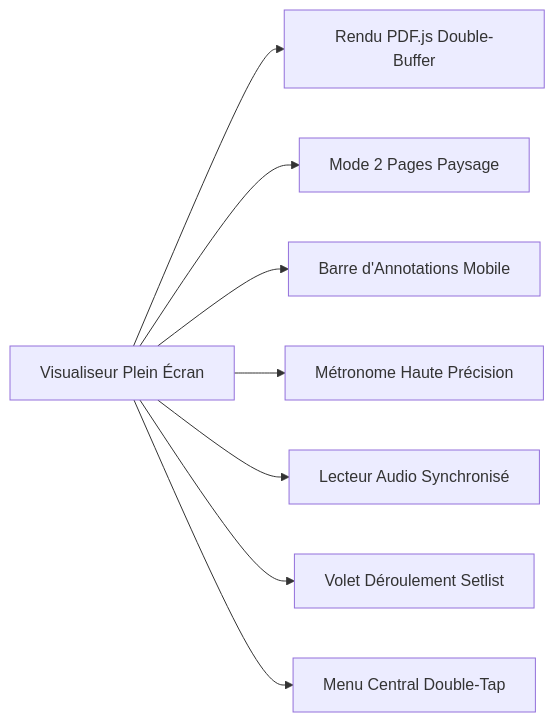
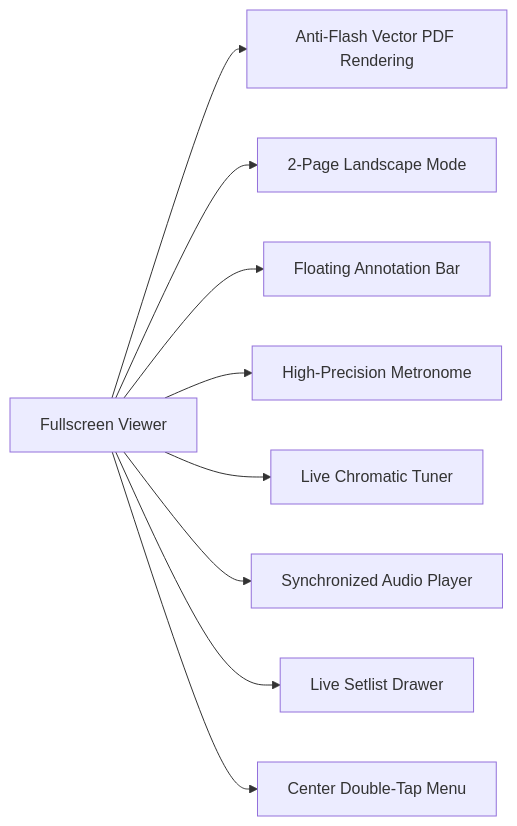
One commit to Audiothor/MusicScoreManager changed the second of 5 diagrams in README.md. Above: the diagram before and after it, drawn with Mermaid. The commit also changed other lines of this file and 1 other file, not shown here.

````diff
--- a/README.md
+++ b/README.md
@@ -199,10 +204,11 @@
 ```mermaid
 graph LR
-    V[Visualiseur Plein Écran] --> R[Rendu PDF.js Double-Buffer]
-    V --> P[Mode 2 Pages Paysage]
-    V --> A[Barre d'Annotations Mobile]
-    V --> M[Métronome Haute Précision]
-    V --> S[Lecteur Audio Synchronisé]
-    V --> D[Volet Déroulement Setlist]
-    V --> C[Menu Central Double-Tap]
+    V[Fullscreen Viewer] --> R[Anti-Flash Vector PDF Rendering]
+    V --> P[2-Page Landscape Mode]
+    V --> A[Floating Annotation Bar]
+    V --> M[High-Precision Metronome]
+    V --> T[Live Chromatic Tuner]
+    V --> S[Synchronized Audio Player]
+    V --> D[Live Setlist Drawer]
+    V --> C[Center Double-Tap Menu]
 ```
````
